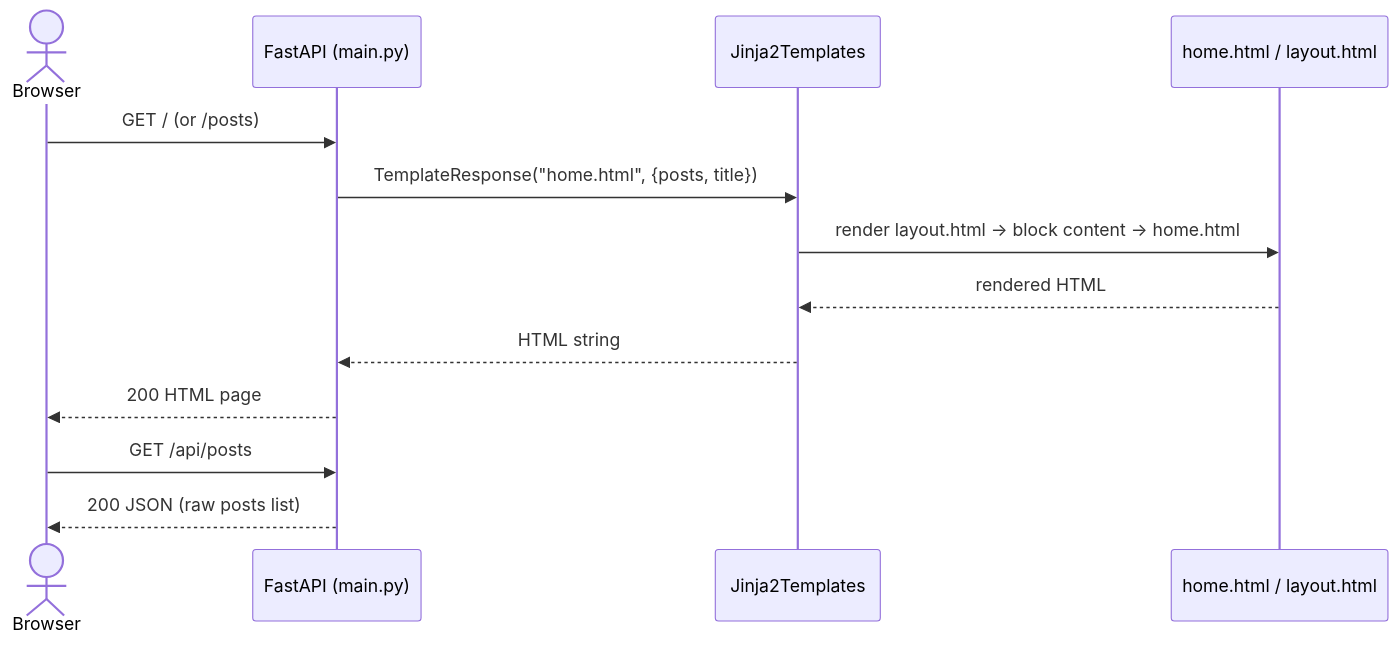
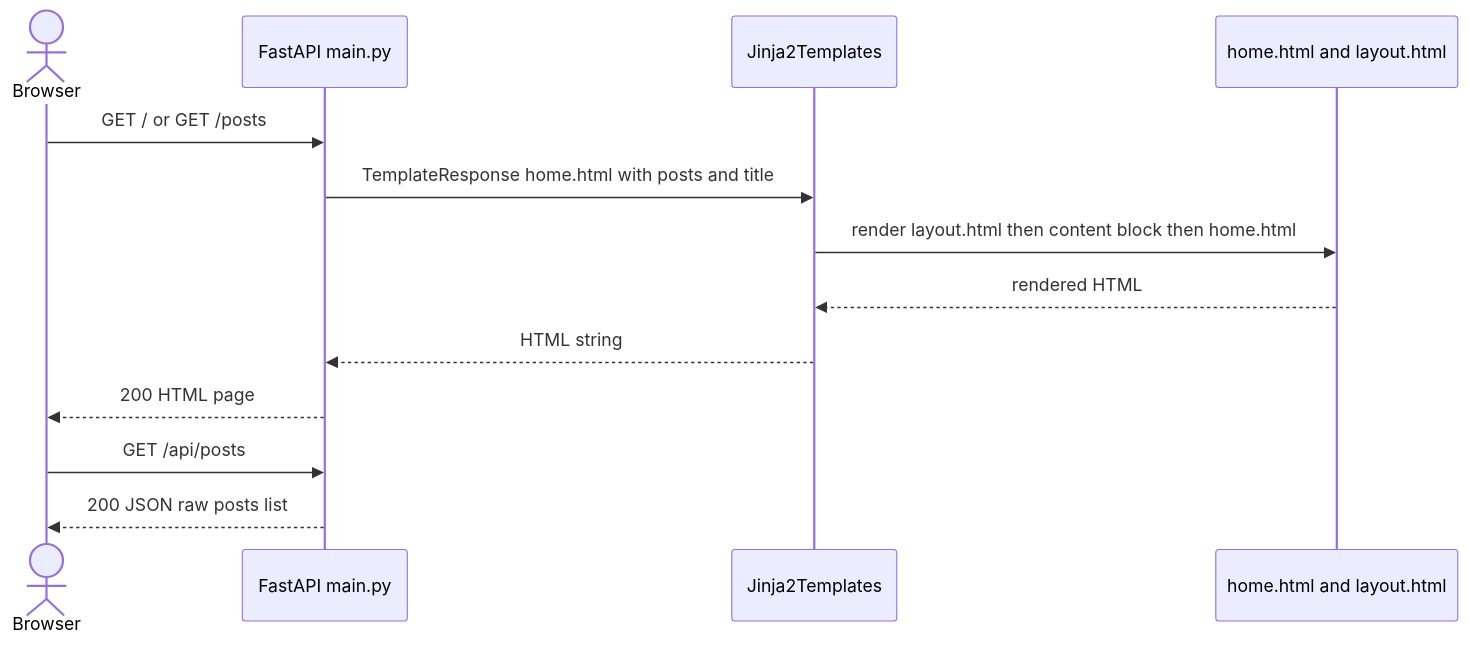
The second of 3 diagrams in README.md (Pratik23G/fast-api-learn), drawn with Mermaid before and after one commit. The commit also changed other lines of this file and 3 other files, not shown here.

````diff
--- a/README.md
+++ b/README.md
@@ -97,17 +97,17 @@
 ```mermaid
 sequenceDiagram
     actor U as Browser
-    participant F as FastAPI (main.py)
+    participant F as FastAPI main.py
     participant J as Jinja2Templates
-    participant T as home.html / layout.html
+    participant T as home.html and layout.html
 
-    U->>F: GET / (or /posts)
-    F->>J: TemplateResponse("home.html", {posts, title})
-    J->>T: render layout.html -> block content -> home.html
+    U->>F: GET / or GET /posts
+    F->>J: TemplateResponse home.html with posts and title
+    J->>T: render layout.html then content block then home.html
     T-->>J: rendered HTML
     J-->>F: HTML string
     F-->>U: 200 HTML page
 
     U->>F: GET /api/posts
-    F-->>U: 200 JSON (raw posts list)
+    F-->>U: 200 JSON raw posts list
 ```
````
